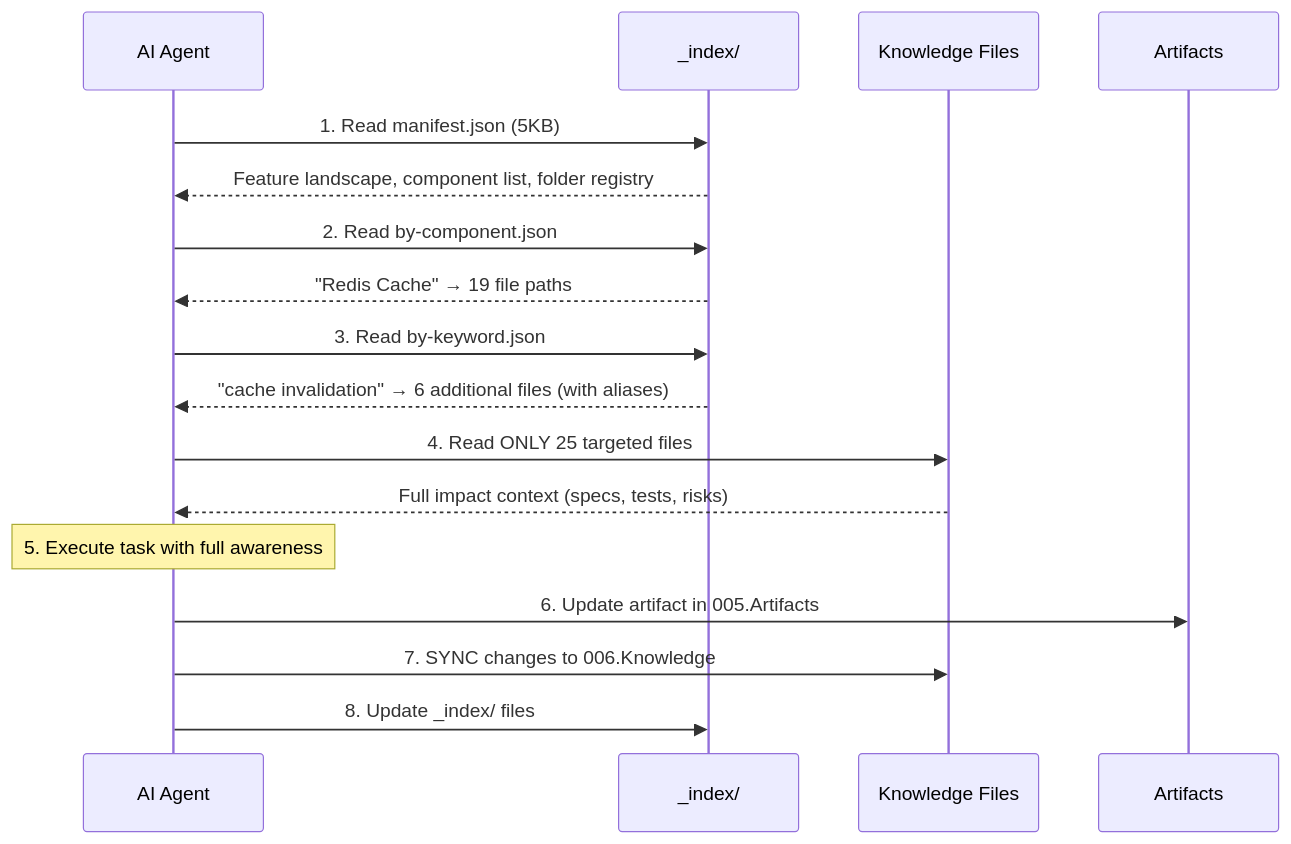
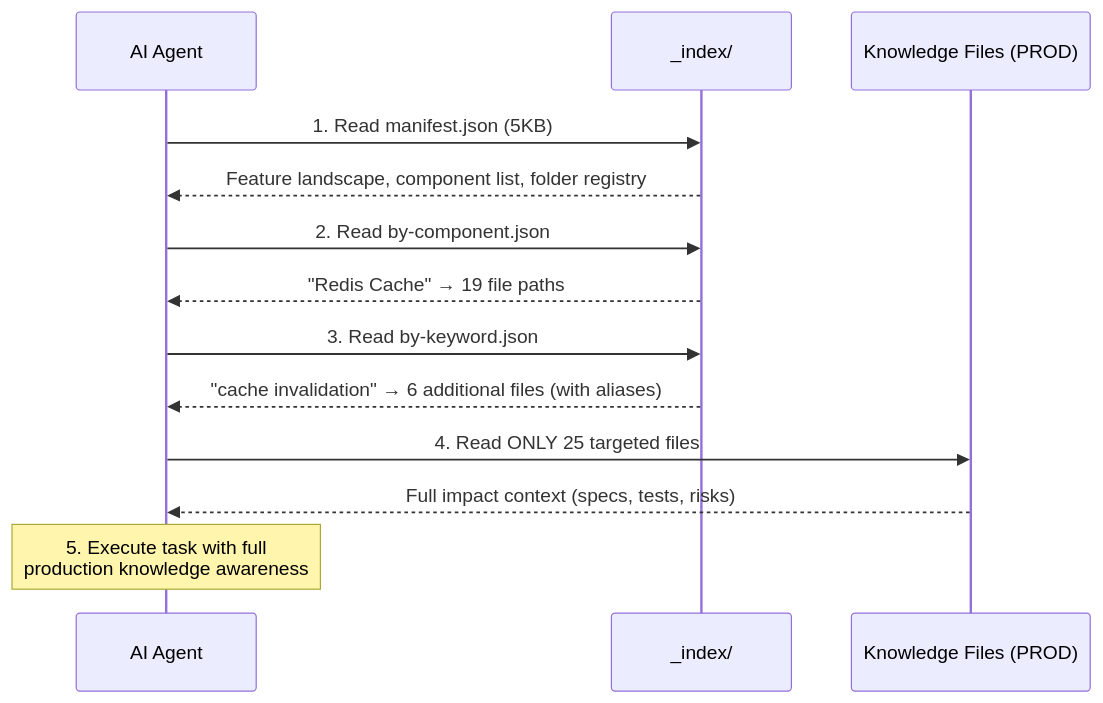
Before and after one commit to tony4work1992/specs-chain: the fifth of 5 diagrams in agentic-os.md, drawn with Mermaid. The commit also changed other lines of this file and 39 other files, not shown here.

Commit message:
feat: move sync action to a separate flow

````diff
--- a/agentic-os.md
+++ b/agentic-os.md
@@ -214,25 +243,20 @@
 ```mermaid
 sequenceDiagram
     participant Agent as AI Agent
     participant IDX as _index/
-    participant KB as Knowledge Files
-    participant ART as Artifacts
+    participant KB as Knowledge Files (PROD)
 
     Agent->>IDX: 1. Read manifest.json (5KB)
     IDX-->>Agent: Feature landscape, component list, folder registry
 
     Agent->>IDX: 2. Read by-component.json
     IDX-->>Agent: "Redis Cache" → 19 file paths
 
     Agent->>IDX: 3. Read by-keyword.json
     IDX-->>Agent: "cache invalidation" → 6 additional files (with aliases)
 
     Agent->>KB: 4. Read ONLY 25 targeted files
     KB-->>Agent: Full impact context (specs, tests, risks)
 
-    Note over Agent: 5. Execute task with full awareness
-
-    Agent->>ART: 6. Update artifact in 005.Artifacts
-    Agent->>KB: 7. SYNC changes to 006.Knowledge
-    Agent->>IDX: 8. Update _index/ files
+    Note over Agent: 5. Execute task with full<br/>production knowledge awareness
 ```
````
